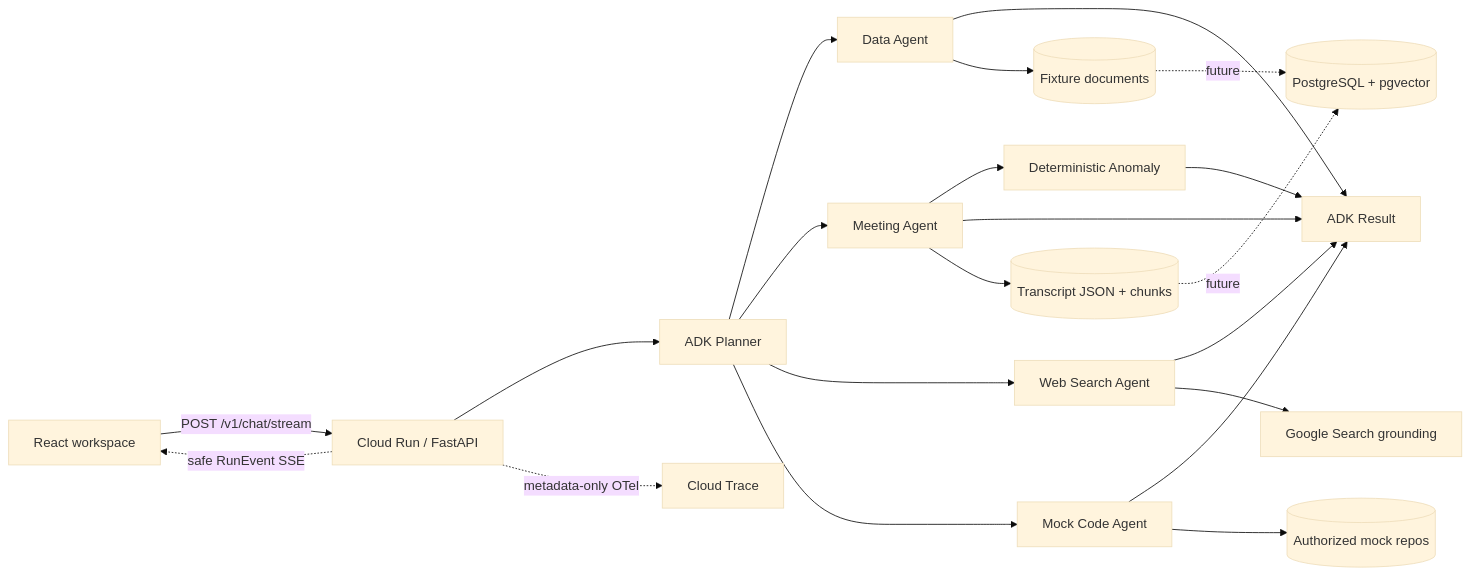
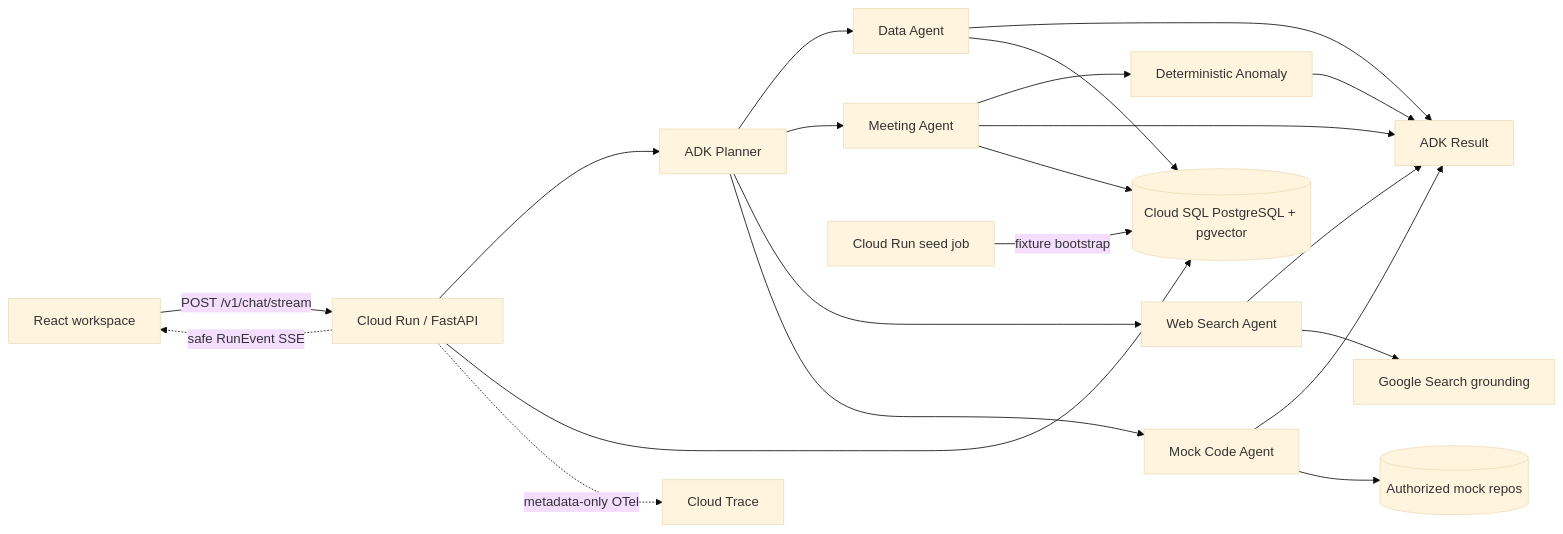
Before and after one commit to mihir224/lotus: the diagram in docs/architecture.md, drawn with Mermaid (base theme). The commit also changed other lines of this file and 17 other files, not shown here.

Commit message:
feat: deploy persistent pgvector storage on Cloud SQL

````diff
--- a/docs/architecture.md
+++ b/docs/architecture.md
@@ -7,23 +7,23 @@
 ```mermaid
 flowchart LR
   UI[React workspace] -->|POST /v1/chat/stream| API[Cloud Run / FastAPI]
   API --> Planner[ADK Planner]
   Planner --> Data[Data Agent]
   Planner --> Meeting[Meeting Agent]
   Planner --> Web[Web Search Agent]
   Planner --> Code[Mock Code Agent]
   Meeting --> Anomaly[Deterministic Anomaly]
   Data --> Result[ADK Result]
   Meeting --> Result
   Web --> Result
   Code --> Result
   Anomaly --> Result
-  Data --> Docs[(Fixture documents)]
-  Meeting --> Transcripts[(Transcript JSON + chunks)]
+  Data --> PG[(Cloud SQL PostgreSQL + pgvector)]
+  Meeting --> PG
+  API --> PG
+  Seed[Cloud Run seed job] -->|fixture bootstrap| PG
   Web --> Search[Google Search grounding]
   Code --> Repos[(Authorized mock repos)]
   API -. safe RunEvent SSE .-> UI
   API -. metadata-only OTel .-> Trace[Cloud Trace]
-  Docs -. future .-> PG[(PostgreSQL + pgvector)]
-  Transcripts -. future .-> PG
 ```
````
